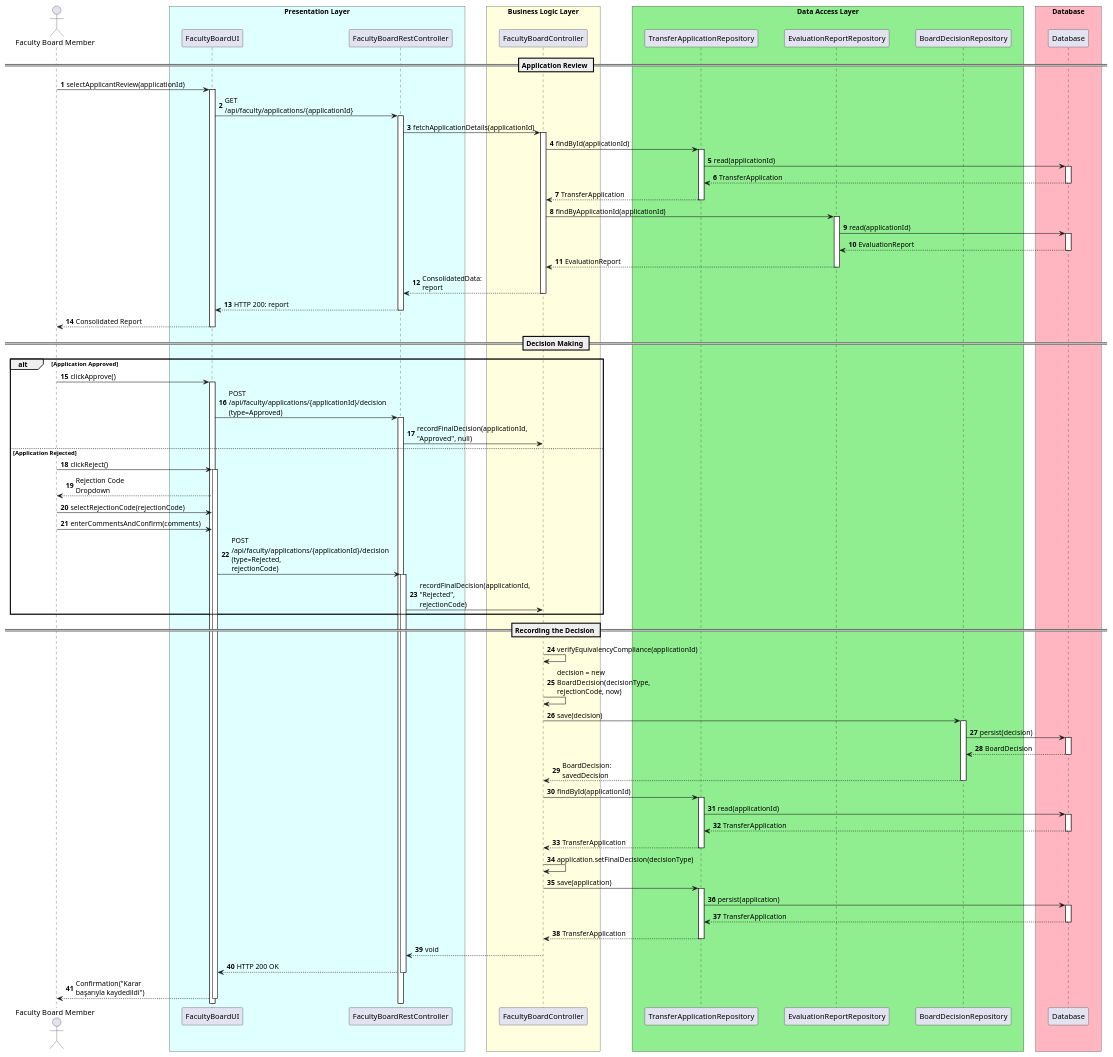
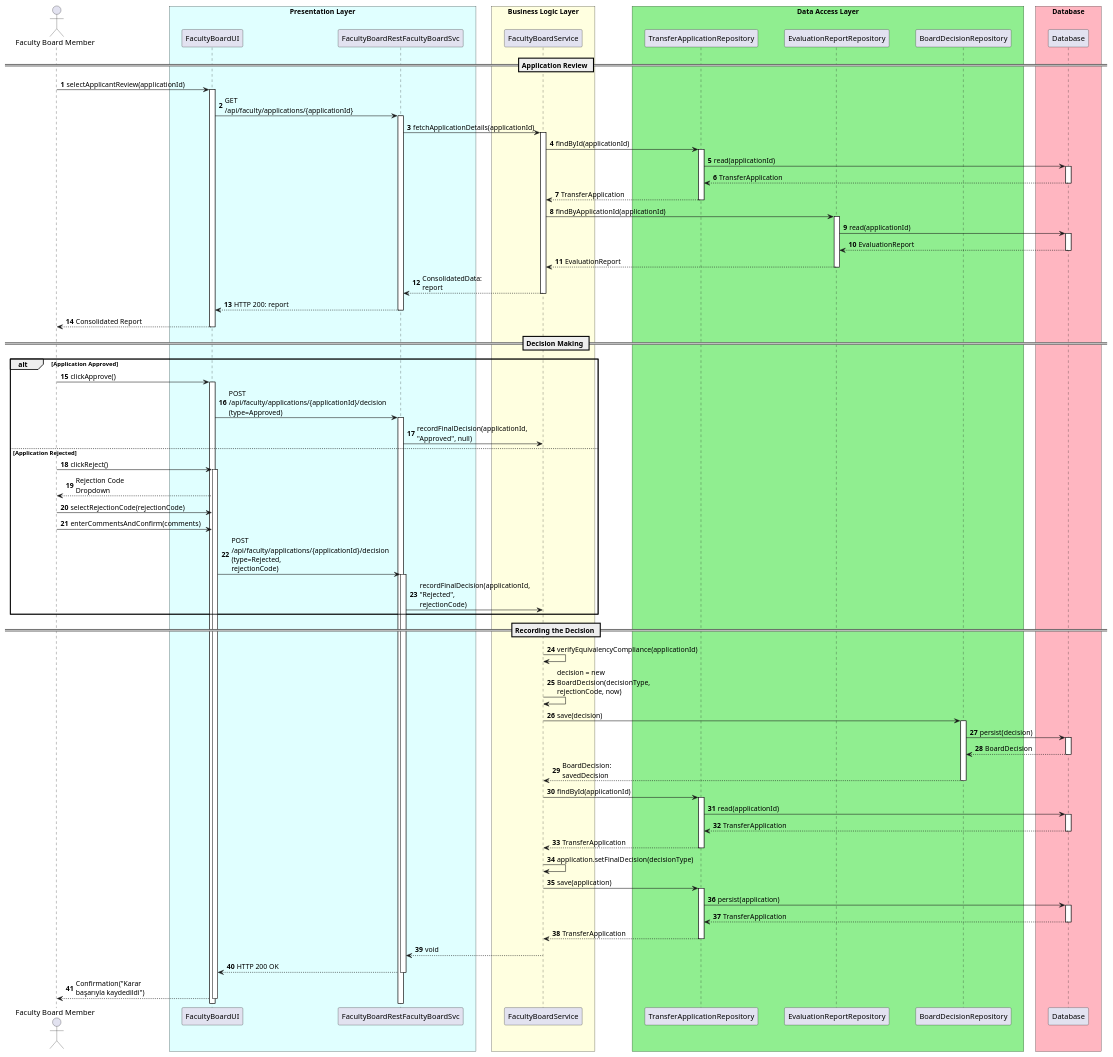
One commit to UTMS-G02/utms changed the diagram in docs/uml/uc-11-updated.puml. Above: the diagram before and after it, drawn with PlantUML. The commit also changed 7 other files, not shown here.

First line of the commit message:
docs(sequence-diagrams): fix BL class names and aliases in sequence diagrams

```diff
--- a/docs/uml/uc-11-updated.puml
+++ b/docs/uml/uc-11-updated.puml
@@ -1,135 +1,135 @@
 @startuml uc-11
 autonumber
 skinparam maxMessageSize 150
 skinparam ParticipantPadding 20
 skinparam BoxPadding 10
 
 actor "Faculty Board Member" as Board
 
 box "Presentation Layer" #LightCyan
     participant "FacultyBoardUI" as UI
-    participant "FacultyBoardRestController" as RestController
+    participant "FacultyBoardRestFacultyBoardSvc" as RestFacultyBoardSvc
 end box
 
 box "Business Logic Layer" #LightYellow
-    participant "FacultyBoardController" as Controller
+    participant "FacultyBoardService" as FacultyBoardSvc
 end box
 
 box "Data Access Layer" #LightGreen
     participant "TransferApplicationRepository" as AppDB
     participant "EvaluationReportRepository" as EvalDB
     participant "BoardDecisionRepository" as DecisionDB
 end box
 
 box "Database" #LightPink
     participant "Database" as DB
 end box
 
 == Application Review ==
 
 Board -> UI: selectApplicantReview(applicationId)
 activate UI
 
-UI -> RestController: GET /api/faculty/applications/{applicationId}
-activate RestController
+UI -> RestFacultyBoardSvc: GET /api/faculty/applications/{applicationId}
+activate RestFacultyBoardSvc
 
-RestController -> Controller: fetchApplicationDetails(applicationId)
-activate Controller
+RestFacultyBoardSvc -> FacultyBoardSvc: fetchApplicationDetails(applicationId)
+activate FacultyBoardSvc
 
-Controller -> AppDB: findById(applicationId)
+FacultyBoardSvc -> AppDB: findById(applicationId)
 activate AppDB
 AppDB -> DB: read(applicationId)
 activate DB
 DB --> AppDB: TransferApplication
 deactivate DB
-AppDB --> Controller: TransferApplication
+AppDB --> FacultyBoardSvc: TransferApplication
 deactivate AppDB
 
-Controller -> EvalDB: findByApplicationId(applicationId)
+FacultyBoardSvc -> EvalDB: findByApplicationId(applicationId)
 activate EvalDB
 EvalDB -> DB: read(applicationId)
 activate DB
 DB --> EvalDB: EvaluationReport
 deactivate DB
-EvalDB --> Controller: EvaluationReport
+EvalDB --> FacultyBoardSvc: EvaluationReport
 deactivate EvalDB
 
-Controller --> RestController: ConsolidatedData: report
-deactivate Controller
+FacultyBoardSvc --> RestFacultyBoardSvc: ConsolidatedData: report
+deactivate FacultyBoardSvc
 
-RestController --> UI: HTTP 200: report
-deactivate RestController
+RestFacultyBoardSvc --> UI: HTTP 200: report
+deactivate RestFacultyBoardSvc
 
 UI --> Board: Consolidated Report
 deactivate UI
 
 == Decision Making ==
 
 alt Application Approved
 
     Board -> UI: clickApprove()
     activate UI
-    UI -> RestController: POST /api/faculty/applications/{applicationId}/decision (type=Approved)
-    activate RestController
-    RestController -> Controller: recordFinalDecision(applicationId, "Approved", null)
+    UI -> RestFacultyBoardSvc: POST /api/faculty/applications/{applicationId}/decision (type=Approved)
+    activate RestFacultyBoardSvc
+    RestFacultyBoardSvc -> FacultyBoardSvc: recordFinalDecision(applicationId, "Approved", null)
 
 else Application Rejected
 
     Board -> UI: clickReject()
     activate UI
     UI --> Board: Rejection Code Dropdown
     Board -> UI: selectRejectionCode(rejectionCode)
     Board -> UI: enterCommentsAndConfirm(comments)
-    UI -> RestController: POST /api/faculty/applications/{applicationId}/decision (type=Rejected, rejectionCode)
-    activate RestController
-    RestController -> Controller: recordFinalDecision(applicationId, "Rejected", rejectionCode)
+    UI -> RestFacultyBoardSvc: POST /api/faculty/applications/{applicationId}/decision (type=Rejected, rejectionCode)
+    activate RestFacultyBoardSvc
+    RestFacultyBoardSvc -> FacultyBoardSvc: recordFinalDecision(applicationId, "Rejected", rejectionCode)
 
 end
 
 == Recording the Decision ==
 
-activate Controller
+activate FacultyBoardSvc
 
-Controller -> Controller: verifyEquivalencyCompliance(applicationId)
+FacultyBoardSvc -> FacultyBoardSvc: verifyEquivalencyCompliance(applicationId)
 
-Controller -> Controller: decision = new BoardDecision(decisionType, rejectionCode, now)
+FacultyBoardSvc -> FacultyBoardSvc: decision = new BoardDecision(decisionType, rejectionCode, now)
 
-Controller -> DecisionDB: save(decision)
+FacultyBoardSvc -> DecisionDB: save(decision)
 activate DecisionDB
 DecisionDB -> DB: persist(decision)
 activate DB
 DB --> DecisionDB: BoardDecision
 deactivate DB
-DecisionDB --> Controller: BoardDecision: savedDecision
+DecisionDB --> FacultyBoardSvc: BoardDecision: savedDecision
 deactivate DecisionDB
 
-Controller -> AppDB: findById(applicationId)
+FacultyBoardSvc -> AppDB: findById(applicationId)
 activate AppDB
 AppDB -> DB: read(applicationId)
 activate DB
 DB --> AppDB: TransferApplication
 deactivate DB
-AppDB --> Controller: TransferApplication
+AppDB --> FacultyBoardSvc: TransferApplication
 deactivate AppDB
 
-Controller -> Controller: application.setFinalDecision(decisionType)
+FacultyBoardSvc -> FacultyBoardSvc: application.setFinalDecision(decisionType)
 
-Controller -> AppDB: save(application)
+FacultyBoardSvc -> AppDB: save(application)
 activate AppDB
 AppDB -> DB: persist(application)
 activate DB
 DB --> AppDB: TransferApplication
 deactivate DB
-AppDB --> Controller: TransferApplication
+AppDB --> FacultyBoardSvc: TransferApplication
 deactivate AppDB
 
-Controller --> RestController: void
-deactivate Controller
+FacultyBoardSvc --> RestFacultyBoardSvc: void
+deactivate FacultyBoardSvc
 
-RestController --> UI: HTTP 200 OK
-deactivate RestController
+RestFacultyBoardSvc --> UI: HTTP 200 OK
+deactivate RestFacultyBoardSvc
 
 UI --> Board: Confirmation("Karar başarıyla kaydedildi")
 deactivate UI
 
 @enduml
```
